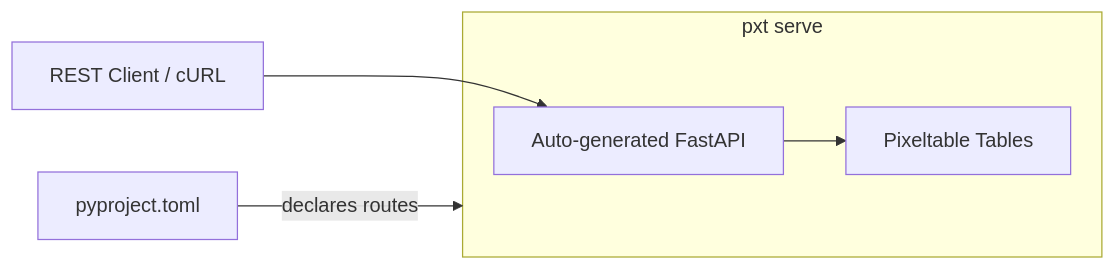
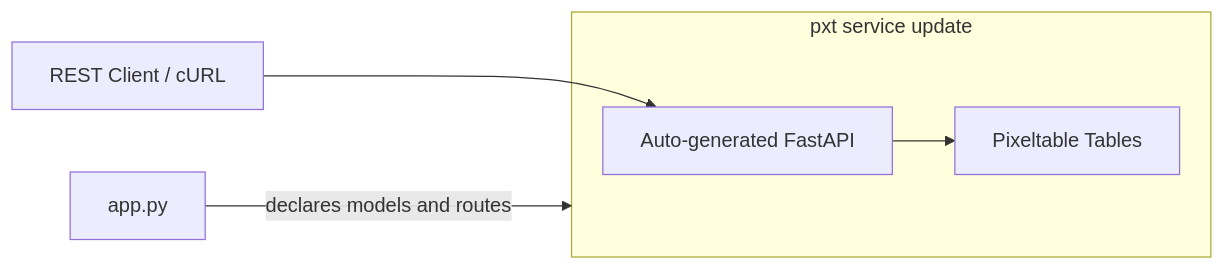
The fifth of 5 diagrams in docs/release/howto/deployment/overview.mdx (pixeltable/pixeltable), drawn with Mermaid before and after one commit. The commit also changed other lines of this file and 20 other files, not shown here.

````diff
--- a/docs/release/howto/deployment/overview.mdx
+++ b/docs/release/howto/deployment/overview.mdx
@@ -332,13 +334,13 @@
 ```mermaid
 flowchart LR
     Client["REST Client / cURL"]
-    TOML["pyproject.toml"]
+    App["app.py"]
 
-    subgraph PXT["pxt serve"]
+    subgraph PXT["pxt service update"]
         API["Auto-generated FastAPI"]
         Tables["Pixeltable Tables"]
     end
 
-    TOML -->|declares routes| PXT
+    App -->|declares models and routes| PXT
     Client --> API --> Tables
 ```
````
